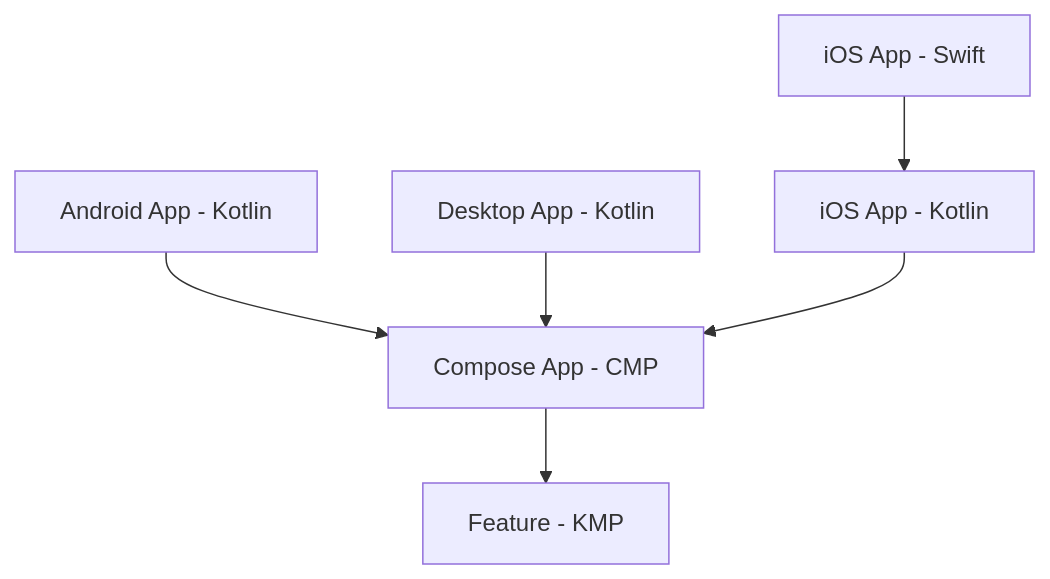
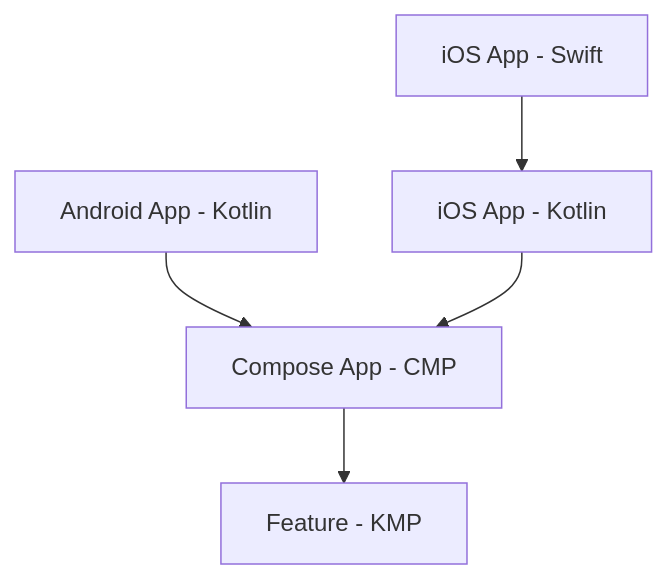
The first of 2 diagrams in README.md (enirsilvaferraz/MyKoinCMPApplication), drawn with Mermaid before and after one commit. The commit also changed other lines of this file, not shown here.

````diff
--- a/README.md
+++ b/README.md
@@ -28,15 +28,13 @@
 ```mermaid
 flowchart TD
     androidApp[Android App - Kotlin]
     iosApp[iOS App - Swift]
-    desktopApp[Desktop App - Kotlin]
     iosFramework[iOS App - Kotlin]
     composeApp[Compose App - CMP]
     module1[Feature - KMP]
 
     androidApp --> composeApp
-    desktopApp --> composeApp
     iosApp --> iosFramework
     iosFramework --> composeApp
     composeApp --> module1
 ```
````
